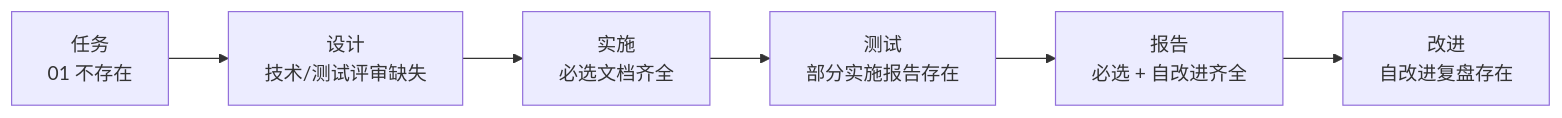
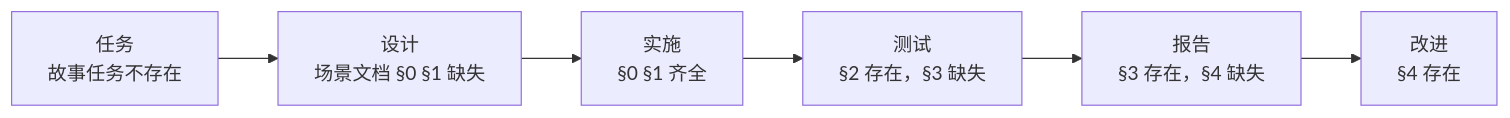
One commit to effiy/YrY changed the third of 3 diagrams in skills/rui/coder.md. Above: the diagram before and after it, drawn with Mermaid. The commit also changed other lines of this file and 28 other files, not shown here.

````diff
--- a/skills/rui/coder.md
+++ b/skills/rui/coder.md
@@ -77,9 +69,9 @@
 ```mermaid
 flowchart LR
-    NS["任务<br/>01 不存在"]:::s0 --> DIP["设计<br/>技术/测试评审缺失"]:::s1
-    DIP --> IMP["实施<br/>必选文档齐全"]:::s2
-    IMP --> TST["测试<br/>部分实施报告存在"]:::s3
-    TST --> RPT["报告<br/>必选 + 自改进齐全"]:::s4
-    RPT --> IMPV["改进<br/>自改进复盘存在"]:::s5
+    NS["任务<br/>故事任务不存在"]:::s0 --> DIP["设计<br/>场景文档 §0 §1 缺失"]:::s1
+    DIP --> IMP["实施<br/>§0 §1 齐全"]:::s2
+    IMP --> TST["测试<br/>§2 存在，§3 缺失"]:::s3
+    TST --> RPT["报告<br/>§3 存在，§4 缺失"]:::s4
+    RPT --> IMPV["改进<br/>§4 存在"]:::s5
 
 ```
````
